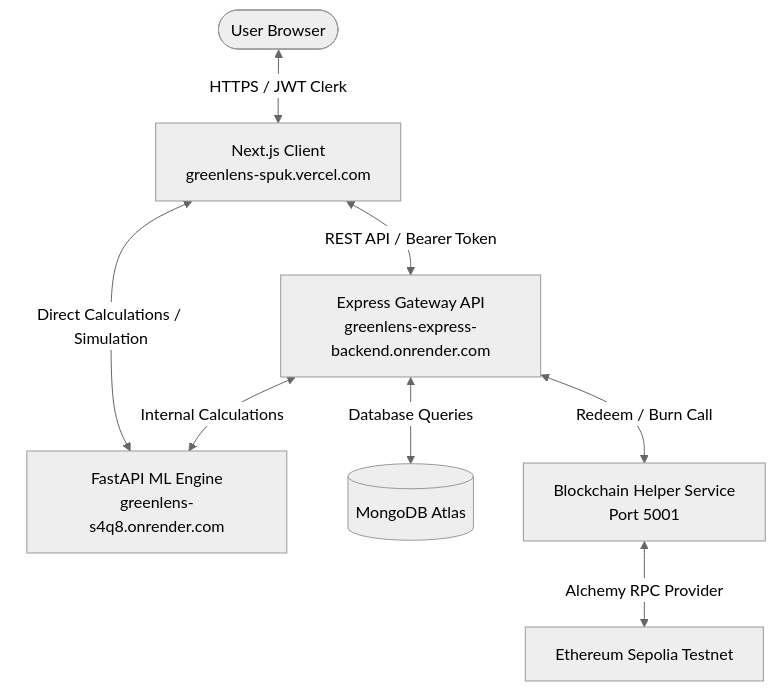
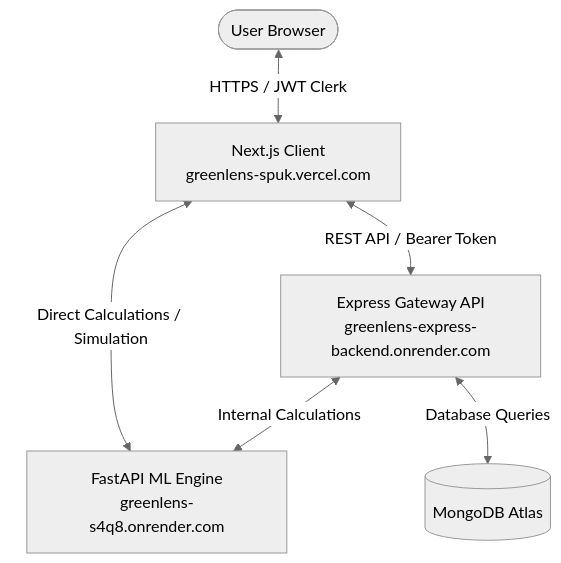
The diagram in documentation.md (saptarshiUpadhyay2006/Greenlens), drawn with Mermaid (neutral theme) before and after one commit. The commit also changed other lines of this file and 2 other files, not shown here.

````diff
--- a/documentation.md
+++ b/documentation.md
@@ -15,10 +14,8 @@
 ```mermaid
 graph TD
     User([User Browser]) <-->|HTTPS / JWT Clerk| Frontend[Next.js Client<br/>greenlens-spuk.vercel.com]
     Frontend <-->|REST API / Bearer Token| ExpressGate[Express Gateway API<br/>greenlens-express-backend.onrender.com]
     Frontend <-->|Direct Calculations / Simulation| FastAPI[FastAPI ML Engine<br/>greenlens-s4q8.onrender.com]
     ExpressGate <-->|Internal Calculations| FastAPI
     ExpressGate <-->|Database Queries| MongoDB[(MongoDB Atlas)]
-    ExpressGate <-->|Redeem / Burn Call| EthHelper[Blockchain Helper Service<br/>Port 5001]
-    EthHelper <-->|Alchemy RPC Provider| Sepolia[Ethereum Sepolia Testnet]
 ```
````
